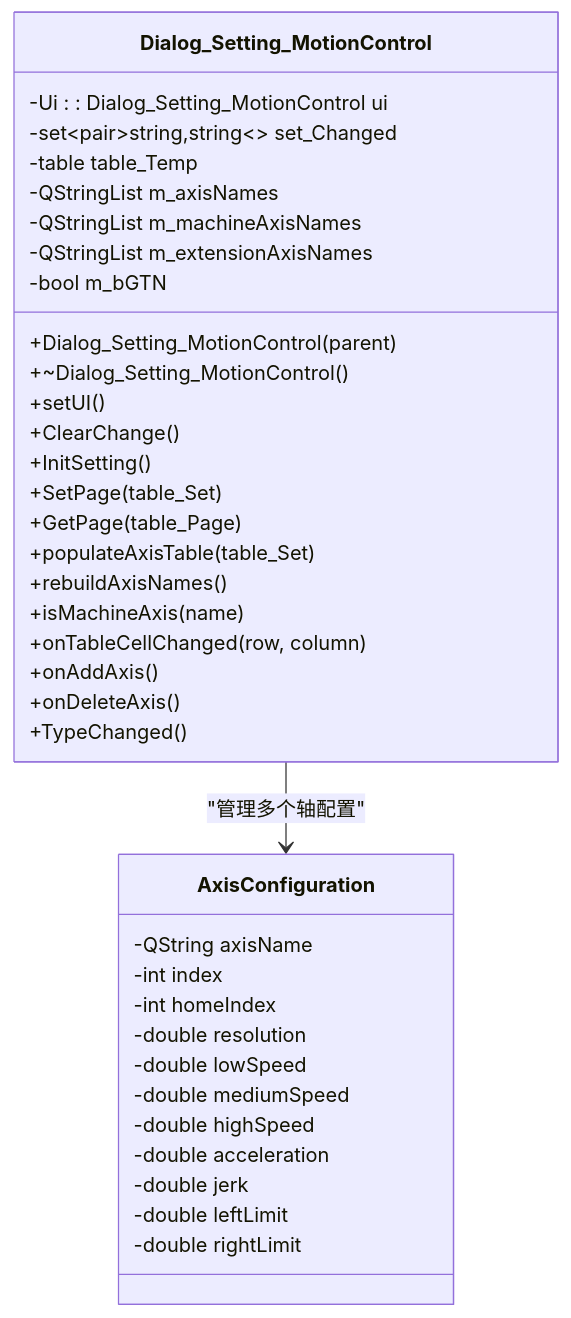
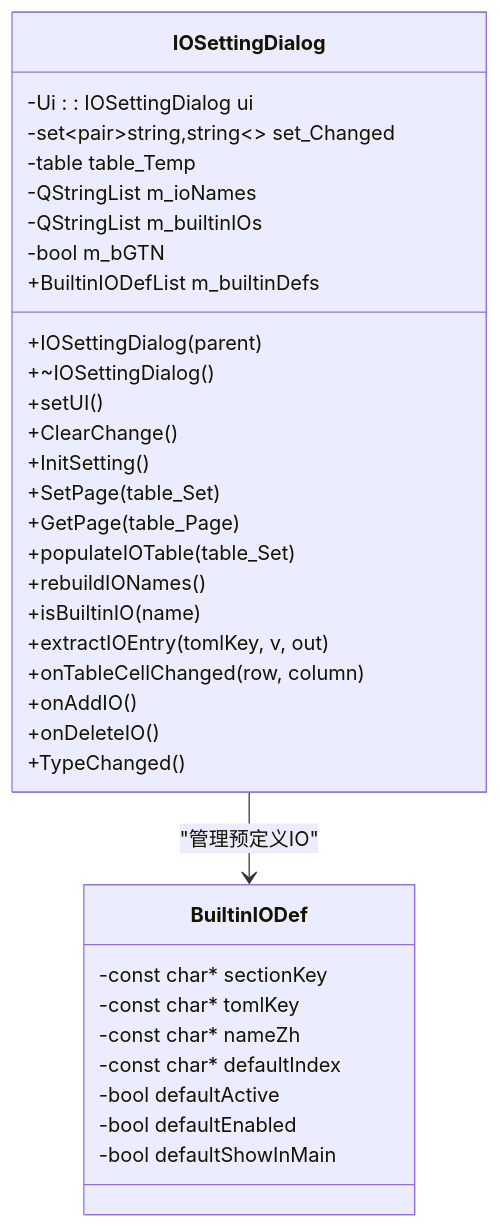
One commit to super1wang/LaserCNCv1.0 changed the fourth of 8 diagrams in .qoder/repowiki/zh/content/项目概述/模块设计/Process模块设计/Process模块设置对话框健壮性增强.md. Above: the diagram before and after it, drawn with Mermaid. The commit also changed other lines of this file and 45 other files, not shown here.

````diff
--- a/.qoder/repowiki/zh/content/项目概述/模块设计/Process模块设计/Process模块设置对话框健壮性增强.md
+++ b/.qoder/repowiki/zh/content/项目概述/模块设计/Process模块设计/Process模块设置对话框健壮性增强.md
@@ -192,40 +205,37 @@
 ```mermaid
 classDiagram
-class Dialog_Setting_MotionControl {
--Ui : : Dialog_Setting_MotionControl ui
+class IOSettingDialog {
+-Ui : : IOSettingDialog ui
 -set~pair~string,string~~ set_Changed
 -table table_Temp
--QStringList m_axisNames
--QStringList m_machineAxisNames
--QStringList m_extensionAxisNames
+-QStringList m_ioNames
+-QStringList m_builtinIOs
 -bool m_bGTN
-+Dialog_Setting_MotionControl(parent)
-+~Dialog_Setting_MotionControl()
++BuiltinIODefList m_builtinDefs
++IOSettingDialog(parent)
++~IOSettingDialog()
 +setUI()
 +ClearChange()
 +InitSetting()
 +SetPage(table_Set)
 +GetPage(table_Page)
-+populateAxisTable(table_Set)
-+rebuildAxisNames()
-+isMachineAxis(name)
++populateIOTable(table_Set)
++rebuildIONames()
++isBuiltinIO(name)
++extractIOEntry(tomlKey, v, out)
 +onTableCellChanged(row, column)
-+onAddAxis()
-+onDeleteAxis()
++onAddIO()
++onDeleteIO()
 +TypeChanged()
 }
-class AxisConfiguration {
--QString axisName
--int index
--int homeIndex
--double resolution
--double lowSpeed
--double mediumSpeed
--double highSpeed
--double acceleration
--double jerk
--double leftLimit
--double rightLimit
+class BuiltinIODef {
+-const char* sectionKey
+-const char* tomlKey
+-const char* nameZh
+-const char* defaultIndex
+-bool defaultActive
+-bool defaultEnabled
+-bool defaultShowInMain
 }
-Dialog_Setting_MotionControl --> AxisConfiguration : "管理多个轴配置"
+IOSettingDialog --> BuiltinIODef : "管理预定义IO"
 ```
````
